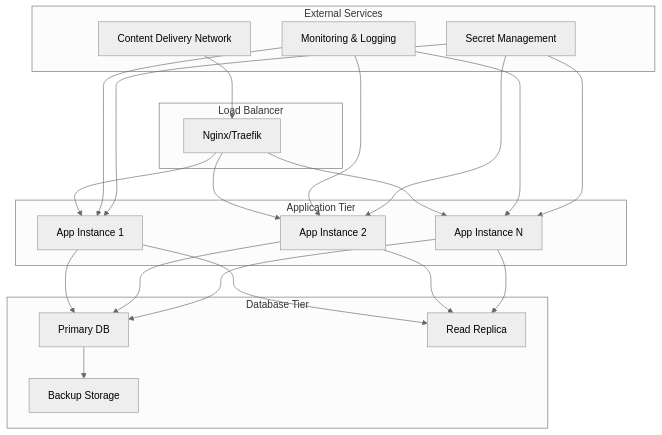
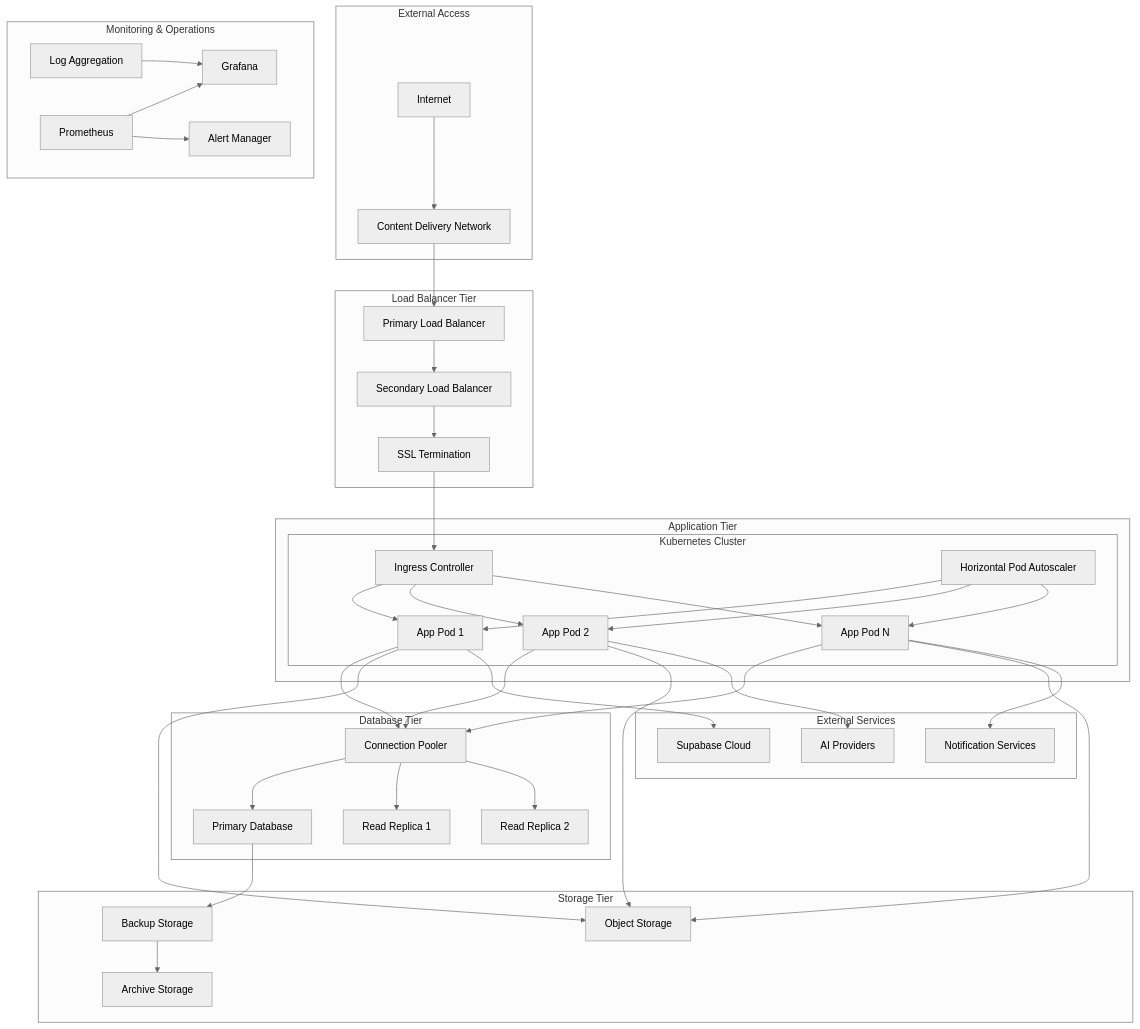
Before and after one commit to MRCORD/university-chatbot: diagram 15 of 19 in docs/system-architecture.md, drawn with Mermaid (neutral theme). The commit also changed other lines of this file, not shown here.

````diff
--- a/docs/system-architecture.md
+++ b/docs/system-architecture.md
@@ -1549,47 +2070,86 @@
 ```mermaid
 graph TB
-    subgraph "Load Balancer"
-        LB[Nginx/Traefik]
+    subgraph "External Access"
+        INTERNET[Internet]
+        CDN[Content Delivery Network]
+    end
+    
+    subgraph "Load Balancer Tier"
+        LB_PRIMARY[Primary Load Balancer]
+        LB_SECONDARY[Secondary Load Balancer]
+        SSL[SSL Termination]
     end
     
     subgraph "Application Tier"
-        APP1[App Instance 1]
-        APP2[App Instance 2]
-        APP3[App Instance N]
+        subgraph "Kubernetes Cluster"
+            APP1[App Pod 1]
+            APP2[App Pod 2]
+            APP3[App Pod N]
+            INGRESS[Ingress Controller]
+            HPA[Horizontal Pod Autoscaler]
+        end
     end
     
     subgraph "Database Tier"
-        PRIMARY[Primary DB]
-        REPLICA[Read Replica]
-        BACKUP[Backup Storage]
+        PRIMARY_DB[Primary Database]
+        REPLICA1[Read Replica 1]
+        REPLICA2[Read Replica 2]
+        PGBOUNCER[Connection Pooler]
+    end
+    
+    subgraph "Storage Tier"
+        OBJECT_STORAGE[Object Storage]
+        BACKUP_STORAGE[Backup Storage]
+        ARCHIVE[Archive Storage]
+    end
+    
+    subgraph "Monitoring & Operations"
+        PROMETHEUS[Prometheus]
+        GRAFANA[Grafana]
+        ALERTMANAGER[Alert Manager]
+        LOGS[Log Aggregation]
     end
     
     subgraph "External Services"
-        CDN[Content Delivery Network]
-        MONITORING[Monitoring & Logging]
-        SECRETS[Secret Management]
+        SUPABASE_CLOUD[Supabase Cloud]
+        AI_PROVIDERS[AI Providers]
+        NOTIFICATION[Notification Services]
     end
     
-    LB --> APP1
-    LB --> APP2
-    LB --> APP3
+    INTERNET --> CDN
+    CDN --> LB_PRIMARY
+    LB_PRIMARY --> LB_SECONDARY
+    LB_SECONDARY --> SSL
+    SSL --> INGRESS
     
-    APP1 --> PRIMARY
-    APP2 --> PRIMARY
-    APP3 --> PRIMARY
+    INGRESS --> APP1
+    INGRESS --> APP2
+    INGRESS --> APP3
     
-    APP1 --> REPLICA
-    APP2 --> REPLICA
-    APP3 --> REPLICA
+    HPA --> APP1
+    HPA --> APP2
+    HPA --> APP3
     
-    PRIMARY --> BACKUP
+    APP1 --> PGBOUNCER
+    APP2 --> PGBOUNCER
+    APP3 --> PGBOUNCER
     
-    CDN --> LB
-    MONITORING --> APP1
-    MONITORING --> APP2
-    MONITORING --> APP3
+    PGBOUNCER --> PRIMARY_DB
+    PGBOUNCER --> REPLICA1
+    PGBOUNCER --> REPLICA2
     
-    SECRETS --> APP1
-    SECRETS --> APP2
-    SECRETS --> APP3
+    PRIMARY_DB --> BACKUP_STORAGE
+    BACKUP_STORAGE --> ARCHIVE
+    
+    APP1 --> OBJECT_STORAGE
+    APP2 --> OBJECT_STORAGE
+    APP3 --> OBJECT_STORAGE
+    
+    APP1 --> SUPABASE_CLOUD
+    APP2 --> AI_PROVIDERS
+    APP3 --> NOTIFICATION
+    
+    PROMETHEUS --> GRAFANA
+    PROMETHEUS --> ALERTMANAGER
+    LOGS --> GRAFANA
 ```
````
